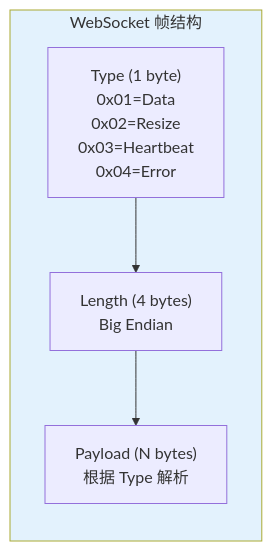
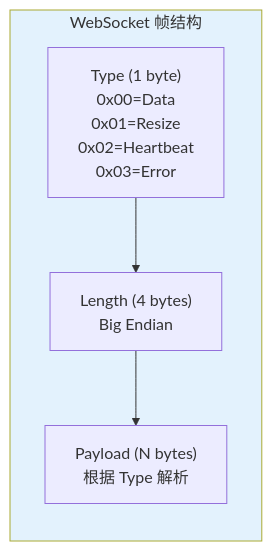
One commit to AnalyseDeCircuit/OxideTerm changed diagram 13 of 16 in docs/ARCHITECTURE.md. Above: the diagram before and after it, drawn with Mermaid. The commit also changed other lines of this file and 4 other files, not shown here.

````diff
--- a/docs/ARCHITECTURE.md
+++ b/docs/ARCHITECTURE.md
@@ -1619,13 +1623,13 @@
 ```mermaid
 graph LR
     subgraph Frame["WebSocket 帧结构"]
-        Type["Type (1 byte)<br/>0x01=Data<br/>0x02=Resize<br/>0x03=Heartbeat<br/>0x04=Error"]
+        Type["Type (1 byte)<br/>0x00=Data<br/>0x01=Resize<br/>0x02=Heartbeat<br/>0x03=Error"]
         Length["Length (4 bytes)<br/>Big Endian"]
         Payload["Payload (N bytes)<br/>根据 Type 解析"]
     end
     
     Type --> Length
     Length --> Payload
     
     style Frame fill:#e3f2fd
 ```
````
